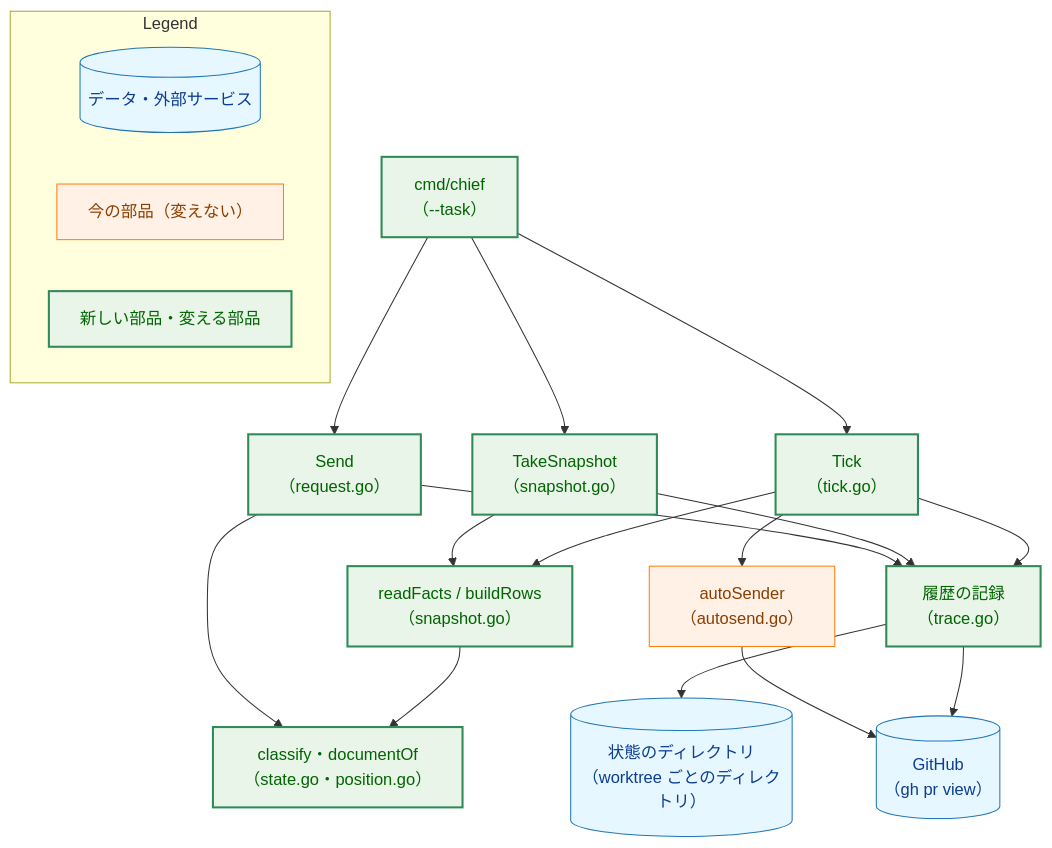
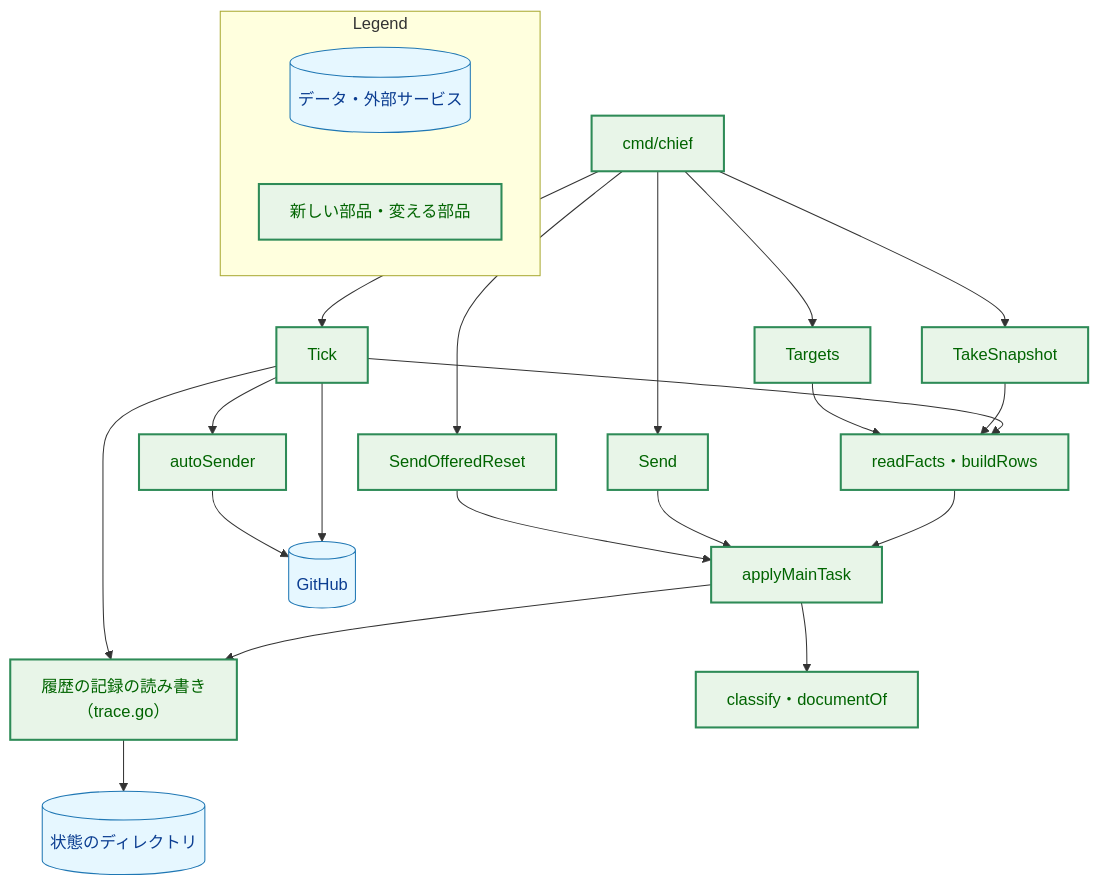
The second of 5 diagrams in docs/tasks/0105_chief_post_merge_next_command/02_architecture.md (isseis/yt2column), drawn with Mermaid before and after one commit. The commit also changed other lines of this file and 2 other files, not shown here.

First line of the commit message:
docs(0105): address the architecture review and revise requirement 4.1

````diff
--- a/docs/tasks/0105_chief_post_merge_next_command/02_architecture.md
+++ b/docs/tasks/0105_chief_post_merge_next_command/02_architecture.md
@@ -104,45 +126,48 @@
 ```mermaid
 flowchart TB
     classDef data fill:#e6f7ff,stroke:#1f77b4,stroke-width:1px,color:#0b3d91;
-    classDef process fill:#fff1e6,stroke:#ff7f0e,stroke-width:1px,color:#8a3e00;
     classDef enhanced fill:#e8f5e8,stroke:#2e8b57,stroke-width:2px,color:#006400;
 
-    MAIN["cmd/chief<br>（--task）"]
-    TICK["Tick<br>（tick.go）"]
-    SNAP["TakeSnapshot<br>（snapshot.go）"]
-    SEND["Send<br>（request.go）"]
-    READ["readFacts / buildRows<br>（snapshot.go）"]
-    TRACEPKG["履歴の記録<br>（trace.go）"]
-    CLASSIFY["classify・documentOf<br>（state.go・position.go）"]
-    AUTO["autoSender<br>（autosend.go）"]
-    STORE[("状態のディレクトリ<br>（worktree ごとのディレクトリ）")]
-    GH[("GitHub<br>（gh pr view）")]
+    MAIN["cmd/chief"]
+    TICK["Tick"]
+    SNAP["TakeSnapshot"]
+    SEND["Send"]
+    RESET["SendOfferedReset"]
+    TARGETS["Targets"]
+    READ["readFacts・buildRows"]
+    APPLY["applyMainTask"]
+    TRACEPKG["履歴の記録の読み書き<br>（trace.go）"]
+    CLASSIFY["classify・documentOf"]
+    AUTO["autoSender"]
+    STORE[("状態のディレクトリ")]
+    GH[("GitHub")]
 
     MAIN --> TICK
     MAIN --> SNAP
     MAIN --> SEND
+    MAIN --> RESET
+    MAIN --> TARGETS
     TICK --> READ
     SNAP --> READ
+    TARGETS --> READ
+    READ --> APPLY
+    SEND --> APPLY
+    RESET --> APPLY
+    APPLY --> TRACEPKG
+    APPLY --> CLASSIFY
     TICK --> TRACEPKG
-    SNAP --> TRACEPKG
-    SEND --> TRACEPKG
-    READ --> CLASSIFY
-    SEND --> CLASSIFY
+    TICK --> GH
     TICK --> AUTO
+    AUTO --> GH
     TRACEPKG --> STORE
-    TRACEPKG --> GH
-    AUTO --> GH
 
-    class MAIN,TICK,SNAP,SEND,READ,TRACEPKG,CLASSIFY enhanced
-    class AUTO process
+    class MAIN,TICK,SNAP,SEND,RESET,TARGETS,READ,APPLY,TRACEPKG,CLASSIFY,AUTO enhanced
     class STORE,GH data
 
     subgraph Legend["Legend"]
         L1[("データ・外部サービス")]
-        L2["今の部品（変えない）"]
         L3["新しい部品・変える部品"]
     end
     class L1 data
-    class L2 process
     class L3 enhanced
 ```
````
